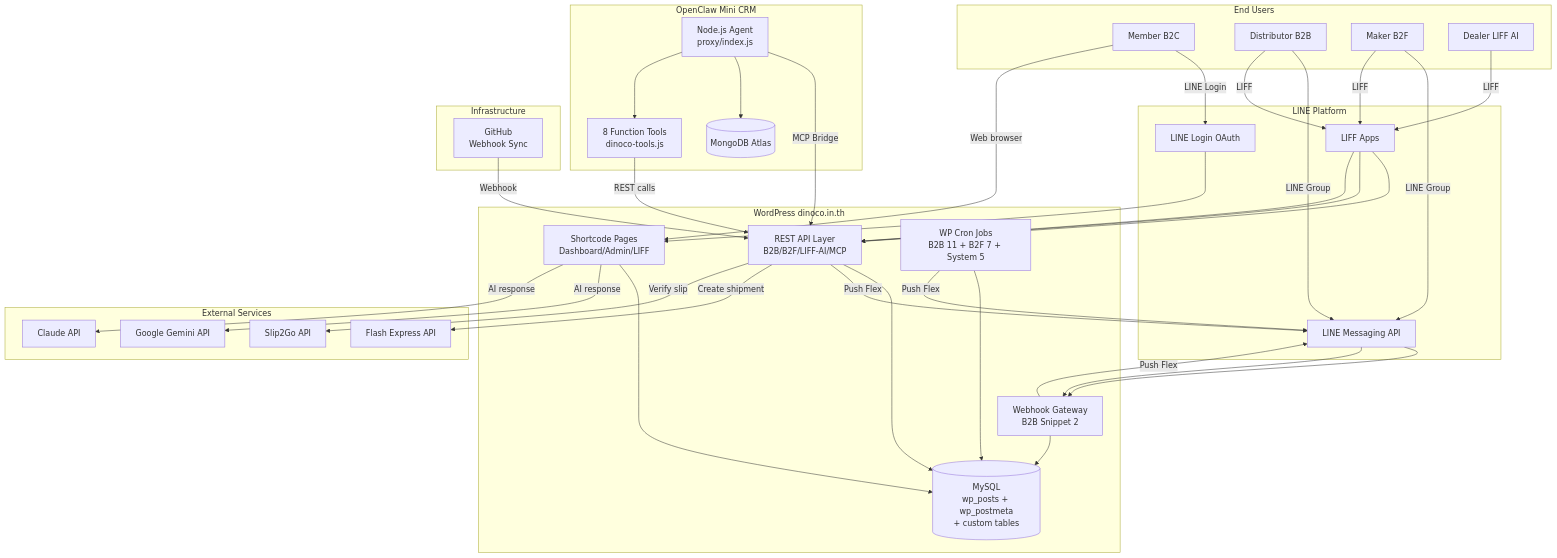
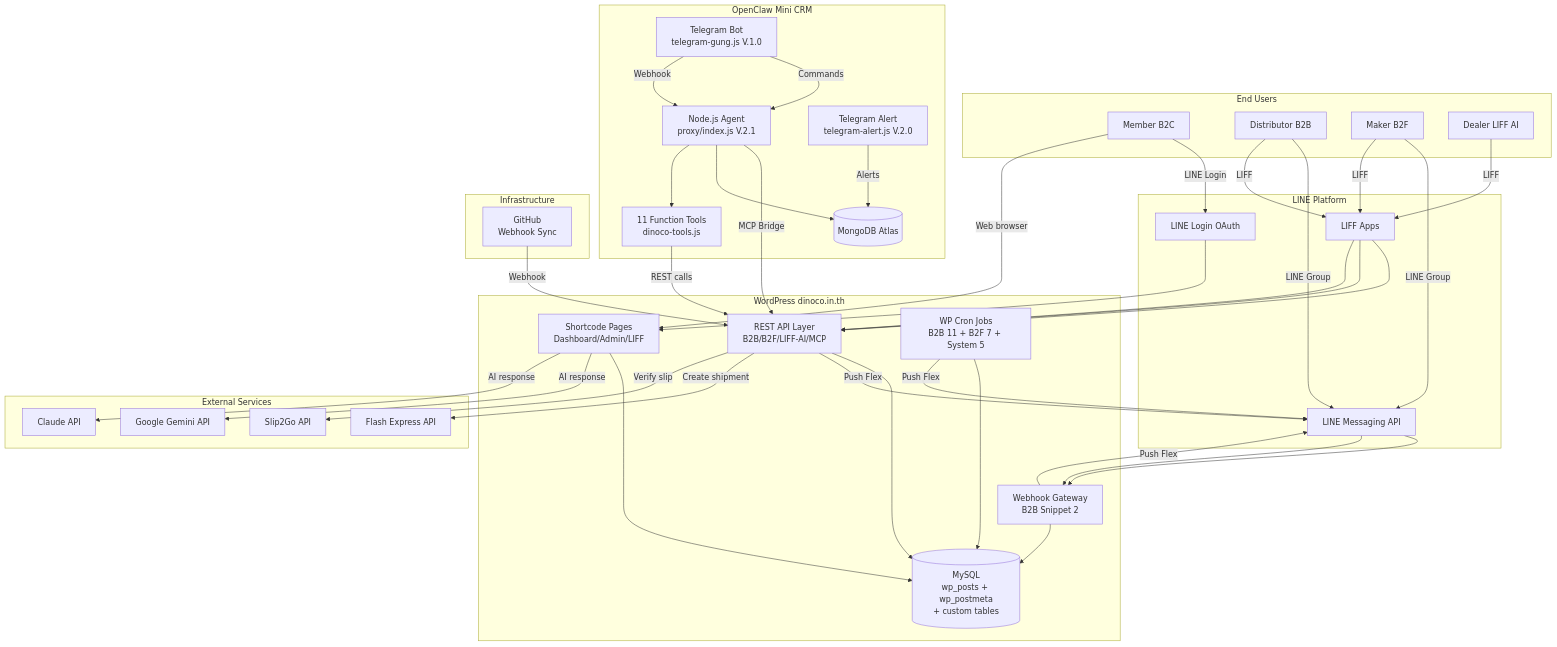
The second of 11 diagrams in SYSTEM-REFERENCE.md (Vrprammz/DINOCO-SYSTEM-Front-End---Back-End), drawn with Mermaid before and after one commit. The commit also changed other lines of this file and 3 other files, not shown here.

First line of the commit message:
docs: อัพเดท reference docs — Telegram Bot น้องกุ้ง V.1.0 + telegram-alert V.2.0

````diff
--- a/SYSTEM-REFERENCE.md
+++ b/SYSTEM-REFERENCE.md
@@ -806,69 +818,74 @@
 ```mermaid
 graph TB
     subgraph "End Users"
         M[Member B2C]
         D[Distributor B2B]
         MK[Maker B2F]
         DL[Dealer LIFF AI]
     end
 
     subgraph "LINE Platform"
         LM[LINE Messaging API]
         LIFF[LIFF Apps]
         LO[LINE Login OAuth]
     end
 
     subgraph "WordPress dinoco.in.th"
         WH[Webhook Gateway<br>B2B Snippet 2]
         REST[REST API Layer<br>B2B/B2F/LIFF-AI/MCP]
         SC[Shortcode Pages<br>Dashboard/Admin/LIFF]
         CRON[WP Cron Jobs<br>B2B 11 + B2F 7 + System 5]
         DB[(MySQL<br>wp_posts + wp_postmeta<br>+ custom tables)]
     end
 
     subgraph "External Services"
         FLASH[Flash Express API]
         SLIP[Slip2Go API]
         GEM[Google Gemini API]
         CL[Claude API]
     end
 
     subgraph "OpenClaw Mini CRM"
-        AGENT[Node.js Agent<br>proxy/index.js]
+        AGENT[Node.js Agent<br>proxy/index.js V.2.1]
         MONGO[(MongoDB Atlas)]
-        TOOLS[8 Function Tools<br>dinoco-tools.js]
+        TOOLS[11 Function Tools<br>dinoco-tools.js]
+        TGBOT[Telegram Bot<br>telegram-gung.js V.1.0]
+        TGALERT[Telegram Alert<br>telegram-alert.js V.2.0]
     end
 
     subgraph "Infrastructure"
         GH[GitHub<br>Webhook Sync]
     end
 
     M -->|LINE Login| LO --> SC
     M -->|Web browser| SC
     D -->|LINE Group| LM --> WH
     D -->|LIFF| LIFF --> REST
     MK -->|LINE Group| LM --> WH
     MK -->|LIFF| LIFF --> REST
     DL -->|LIFF| LIFF --> REST
 
     WH --> DB
     REST --> DB
     SC --> DB
     CRON --> DB
 
     WH -->|Push Flex| LM
     REST -->|Push Flex| LM
     CRON -->|Push Flex| LM
 
     REST -->|Create shipment| FLASH
     REST -->|Verify slip| SLIP
     SC -->|AI response| GEM
     SC -->|AI response| CL
 
     AGENT -->|MCP Bridge| REST
     AGENT --> MONGO
     AGENT --> TOOLS
     TOOLS -->|REST calls| REST
+    TGBOT -->|Commands| AGENT
+    TGALERT -->|Alerts| MONGO
+    TGBOT -->|Webhook| AGENT
 
     GH -->|Webhook| REST
 ```
````
